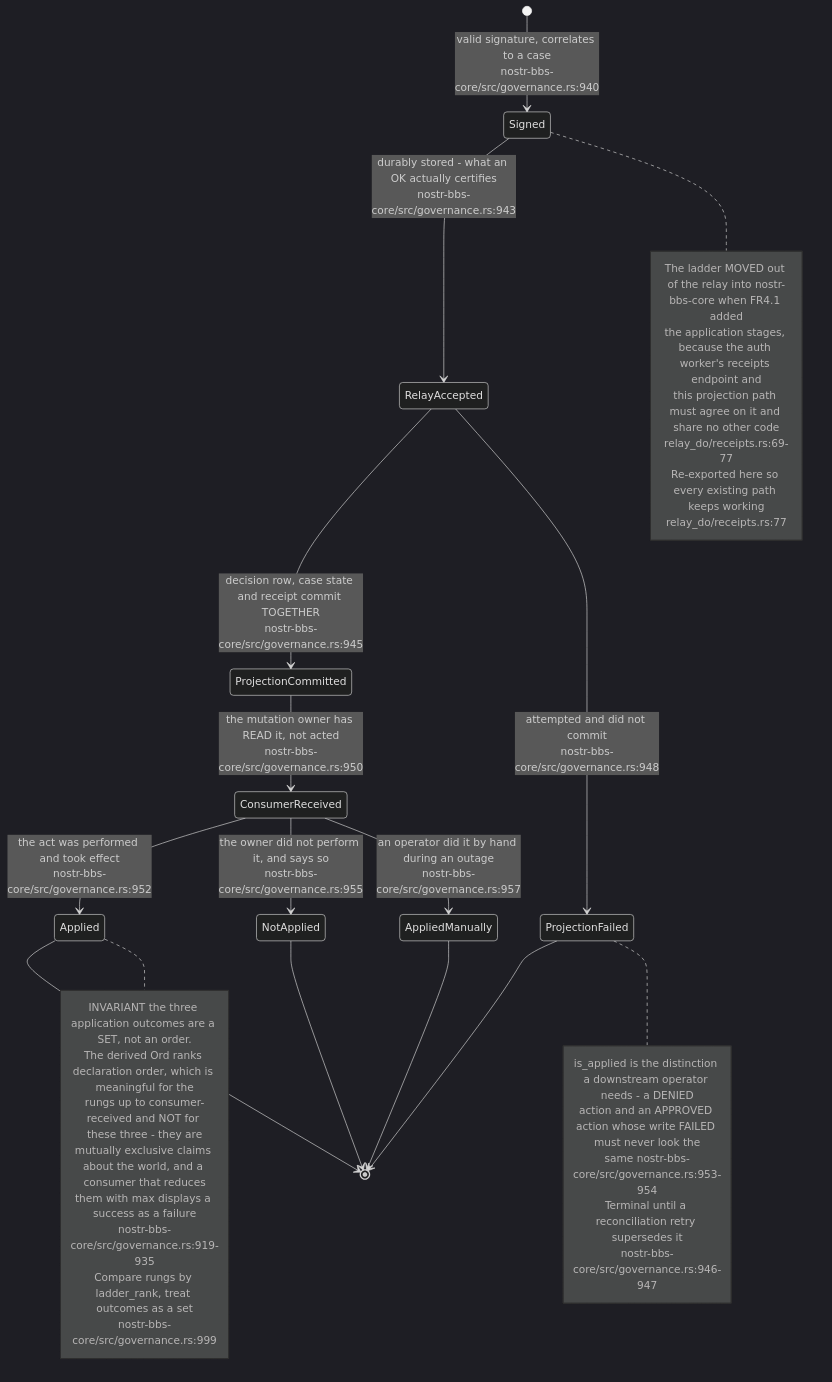
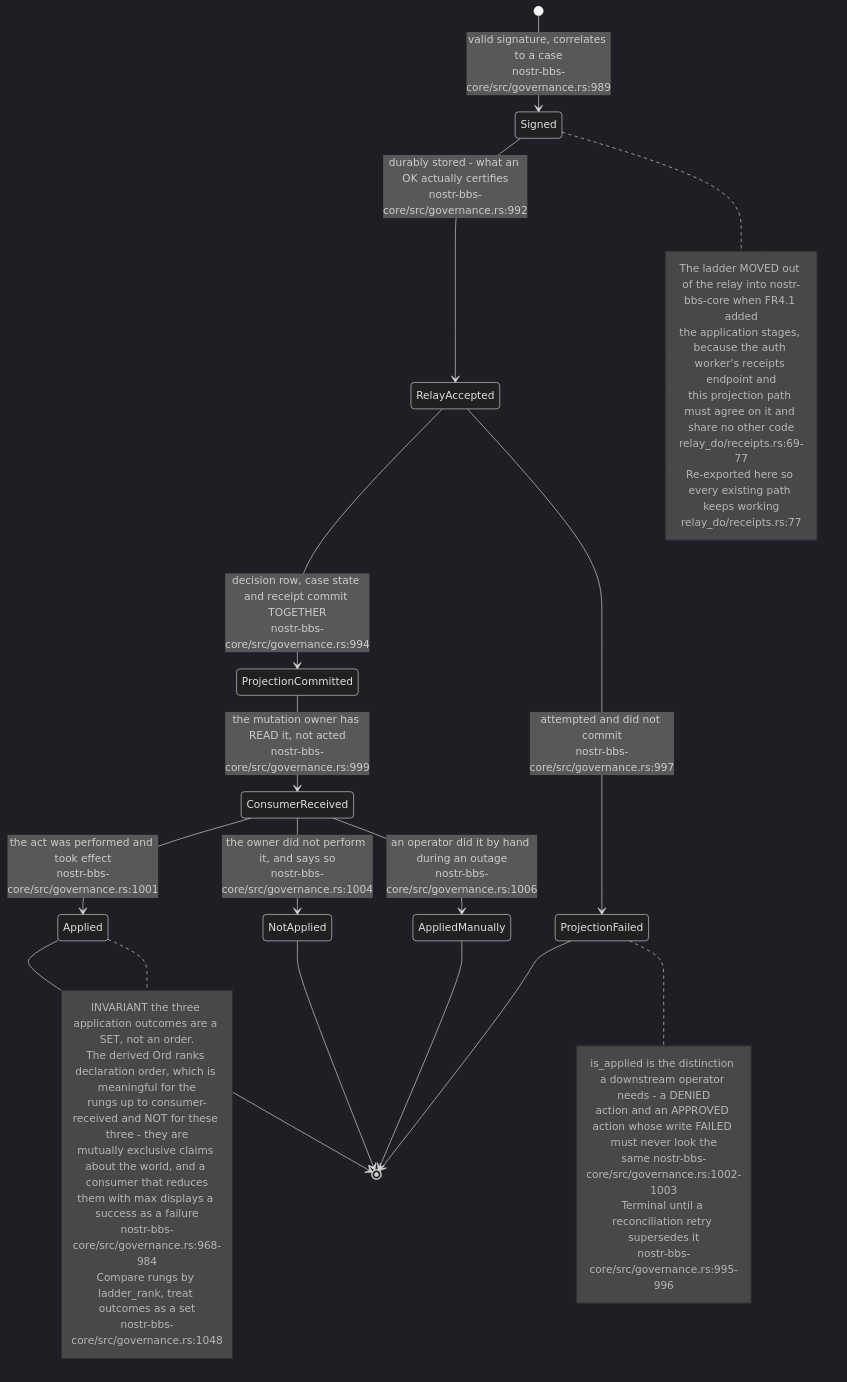
One commit to DreamLab-AI/VisionFlow changed the eighth of 18 diagrams in docs/diagrams/nostr-rust-forum/11-relay-durable-object-internals.md. Above: the diagram before and after it, drawn with Mermaid (dark theme). The commit also changed other lines of this file, not shown here.

First line of the commit message:
docs(diagrams): re-verify NF-11 against nostr-rust-forum af4f0d5

````diff
--- a/docs/diagrams/nostr-rust-forum/11-relay-durable-object-internals.md
+++ b/docs/diagrams/nostr-rust-forum/11-relay-durable-object-internals.md
@@ -268,41 +279,41 @@
 ```mermaid
 stateDiagram-v2
-    [*] --> Signed: valid signature, correlates to a case<br/>nostr-bbs-core/src/governance.rs:940
-    Signed --> RelayAccepted: durably stored - what an OK actually certifies<br/>nostr-bbs-core/src/governance.rs:943
-    RelayAccepted --> ProjectionCommitted: decision row, case state and receipt commit TOGETHER<br/>nostr-bbs-core/src/governance.rs:945
-    RelayAccepted --> ProjectionFailed: attempted and did not commit<br/>nostr-bbs-core/src/governance.rs:948
-    ProjectionCommitted --> ConsumerReceived: the mutation owner has READ it, not acted<br/>nostr-bbs-core/src/governance.rs:950
-    ConsumerReceived --> Applied: the act was performed and took effect<br/>nostr-bbs-core/src/governance.rs:952
-    ConsumerReceived --> NotApplied: the owner did not perform it, and says so<br/>nostr-bbs-core/src/governance.rs:955
-    ConsumerReceived --> AppliedManually: an operator did it by hand during an outage<br/>nostr-bbs-core/src/governance.rs:957
+    [*] --> Signed: valid signature, correlates to a case<br/>nostr-bbs-core/src/governance.rs:989
+    Signed --> RelayAccepted: durably stored - what an OK actually certifies<br/>nostr-bbs-core/src/governance.rs:992
+    RelayAccepted --> ProjectionCommitted: decision row, case state and receipt commit TOGETHER<br/>nostr-bbs-core/src/governance.rs:994
+    RelayAccepted --> ProjectionFailed: attempted and did not commit<br/>nostr-bbs-core/src/governance.rs:997
+    ProjectionCommitted --> ConsumerReceived: the mutation owner has READ it, not acted<br/>nostr-bbs-core/src/governance.rs:999
+    ConsumerReceived --> Applied: the act was performed and took effect<br/>nostr-bbs-core/src/governance.rs:1001
+    ConsumerReceived --> NotApplied: the owner did not perform it, and says so<br/>nostr-bbs-core/src/governance.rs:1004
+    ConsumerReceived --> AppliedManually: an operator did it by hand during an outage<br/>nostr-bbs-core/src/governance.rs:1006
     Applied --> [*]
     NotApplied --> [*]
     AppliedManually --> [*]
     ProjectionFailed --> [*]
 
     note right of Signed
         The ladder MOVED out of the relay into nostr-bbs-core when FR4.1 added
         the application stages, because the auth worker's receipts endpoint and
         this projection path must agree on it and share no other code
         relay_do/receipts.rs:69-77
         Re-exported here so every existing path keeps working
         relay_do/receipts.rs:77
     end note
     note right of ProjectionFailed
         is_applied is the distinction a downstream operator needs - a DENIED
         action and an APPROVED action whose write FAILED must never look the
-        same nostr-bbs-core/src/governance.rs:953-954
+        same nostr-bbs-core/src/governance.rs:1002-1003
         Terminal until a reconciliation retry supersedes it
-        nostr-bbs-core/src/governance.rs:946-947
+        nostr-bbs-core/src/governance.rs:995-996
     end note
     note right of Applied
         INVARIANT the three application outcomes are a SET, not an order.
         The derived Ord ranks declaration order, which is meaningful for the
         rungs up to consumer-received and NOT for these three - they are
         mutually exclusive claims about the world, and a consumer that reduces
         them with max displays a success as a failure
-        nostr-bbs-core/src/governance.rs:919-935
+        nostr-bbs-core/src/governance.rs:968-984
         Compare rungs by ladder_rank, treat outcomes as a set
-        nostr-bbs-core/src/governance.rs:999
+        nostr-bbs-core/src/governance.rs:1048
     end note
 ```
````
